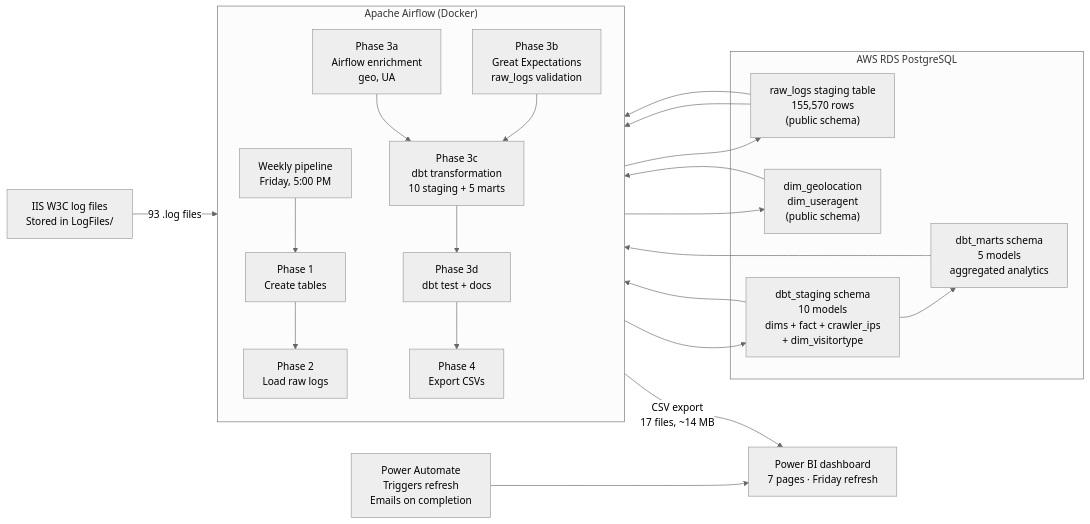
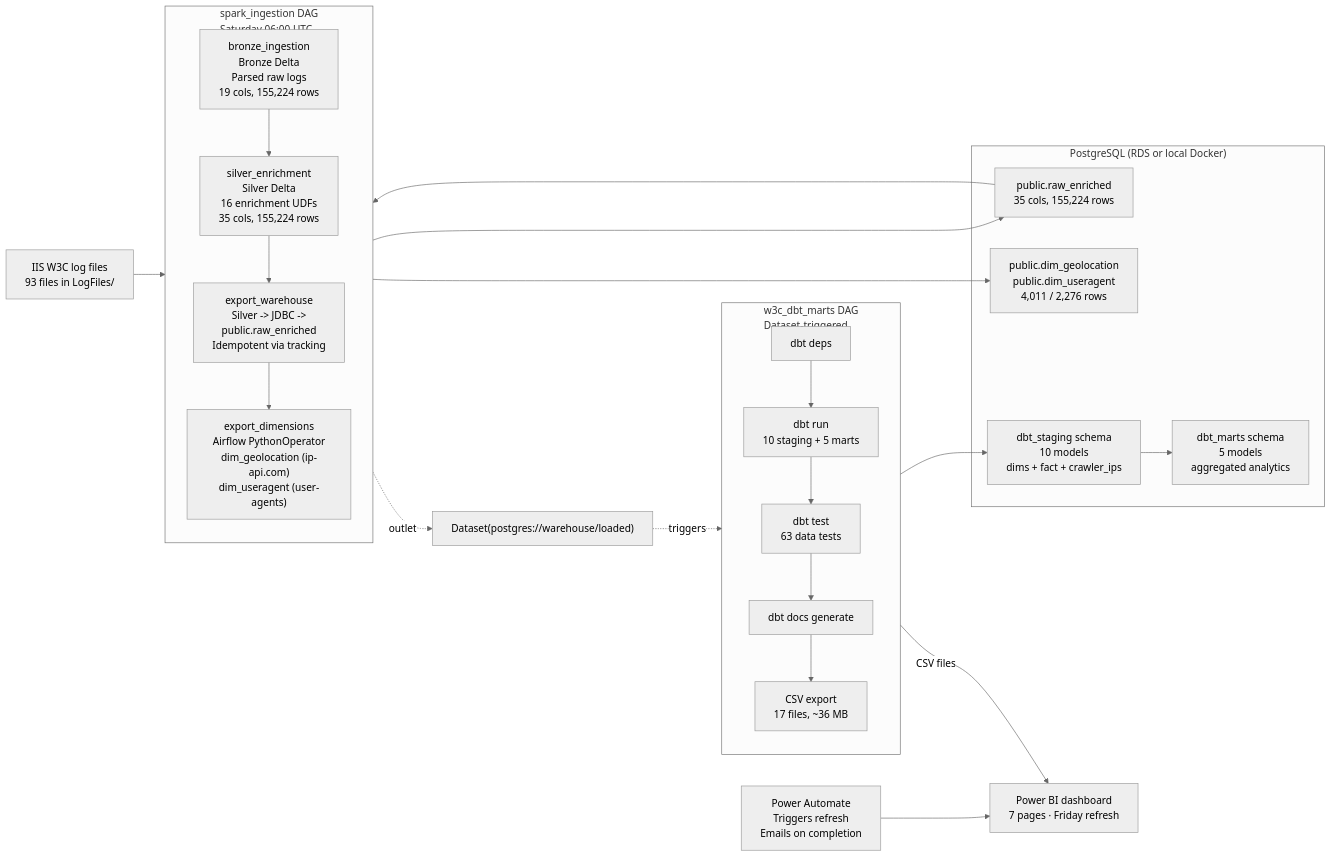
Before and after one commit to AhmedIkram05/w3c-etl-pipeline: the first of 13 diagrams in README.md, drawn with Mermaid (neutral theme). The commit also changed other lines of this file, not shown here.

Commit message:
docs: update README with new pipeline updates

````diff
--- a/README.md
+++ b/README.md
@@ -65,41 +87,45 @@
 ```mermaid
 flowchart LR
-    source["IIS W3C log files<br/>Stored in LogFiles/"]
-    
-    subgraph airflow["Apache Airflow (Docker)"]
+    source["IIS W3C log files<br/>93 files in LogFiles/"]
+
+    subgraph sparkdag["spark_ingestion DAG<br/>Saturday 06:00 UTC"]
         direction TB
-        dag["Weekly pipeline<br/>Friday, 5:00 PM"]
-        step1["Phase 1<br/>Create tables"]
-        step2["Phase 2<br/>Load raw logs"]
-        step3a["Phase 3a<br/>Airflow enrichment<br/>geo, UA"]
-        step3b["Phase 3b<br/>Great Expectations<br/>raw_logs validation"]
-        step5["Phase 3c<br/>dbt transformation<br/>10 staging + 5 marts"]
-        step6["Phase 3d<br/>dbt test + docs"]
-        step7["Phase 4<br/>Export CSVs"]
+        bronze["bronze_ingestion<br/>Bronze Delta<br/>Parsed raw logs<br/>19 cols, 155,224 rows"]
+        silver["silver_enrichment<br/>Silver Delta<br/>16 enrichment UDFs<br/>35 cols, 155,224 rows"]
+        export["export_warehouse<br/>Silver -> JDBC -><br/>public.raw_enriched<br/>Idempotent via tracking"]
+        dims["export_dimensions<br/>Airflow PythonOperator<br/>dim_geolocation (ip-api.com)<br/>dim_useragent (user-agents)"]
+        bronze --> silver --> export --> dims
     end
-    
-    subgraph warehouse["AWS RDS PostgreSQL"]
-        raw["raw_logs staging table<br/>155,570 rows<br/>(public schema)"]
-        ge_dim["dim_geolocation<br/>dim_useragent<br/>(public schema)"]
-        dbt_staging_schema["dbt_staging schema<br/>10 models<br/>dims + fact + crawler_ips<br/>+ dim_visitortype"]
-        dbt_marts_schema["dbt_marts schema<br/>5 models<br/>aggregated analytics"]
+
+    subgraph postgres["PostgreSQL (RDS or local Docker)"]
+        raw_enriched["public.raw_enriched<br/>35 cols, 155,224 rows"]
+        air_dims["public.dim_geolocation<br/>public.dim_useragent<br/>4,011 / 2,276 rows"]
+        staging["dbt_staging schema<br/>10 models<br/>dims + fact + crawler_ips"]
+        marts["dbt_marts schema<br/>5 models<br/>aggregated analytics"]
     end
-    
+
+    subgraph dbt_dag["w3c_dbt_marts DAG<br/>Dataset-triggered"]
+        direction TB
+        dbt_deps["dbt deps"]
+        dbt_run["dbt run<br/>10 staging + 5 marts"]
+        dbt_test["dbt test<br/>63 data tests"]
+        dbt_docs["dbt docs generate"]
+        csv_export["CSV export<br/>17 files, ~36 MB"]
+        dbt_deps --> dbt_run --> dbt_test --> dbt_docs --> csv_export
+    end
+
     powerbi["Power BI dashboard<br/>7 pages · Friday refresh"]
     automation["Power Automate<br/>Triggers refresh<br/>Emails on completion"]
+    dataset["Dataset(postgres://warehouse/loaded)"]
 
-    source -->|93 .log files| dag --> step1 --> step2 --> raw
-    raw --> step3a --> ge_dim
-    raw --> step3b
-    step3a --> step5
-    step3b --> step5
-    ge_dim --> step5
-    step5 --> dbt_staging_schema
-    dbt_staging_schema --> dbt_marts_schema
-    step5 --> step6
-    step6 --> step7
-    dbt_staging_schema --> step7
-    dbt_marts_schema --> step7
-    step7 -->|CSV export<br/>17 files, ~14 MB| powerbi
+    source --> bronze
+    dims -.->|outlet| dataset
+    dataset -.->|triggers| dbt_dag
+    export --> raw_enriched
+    raw_enriched --> dims
+    dims --> air_dims
+    dbt_run --> staging
+    staging --> marts
+    csv_export -->|CSV files| powerbi
     automation --> powerbi
 ```
````
